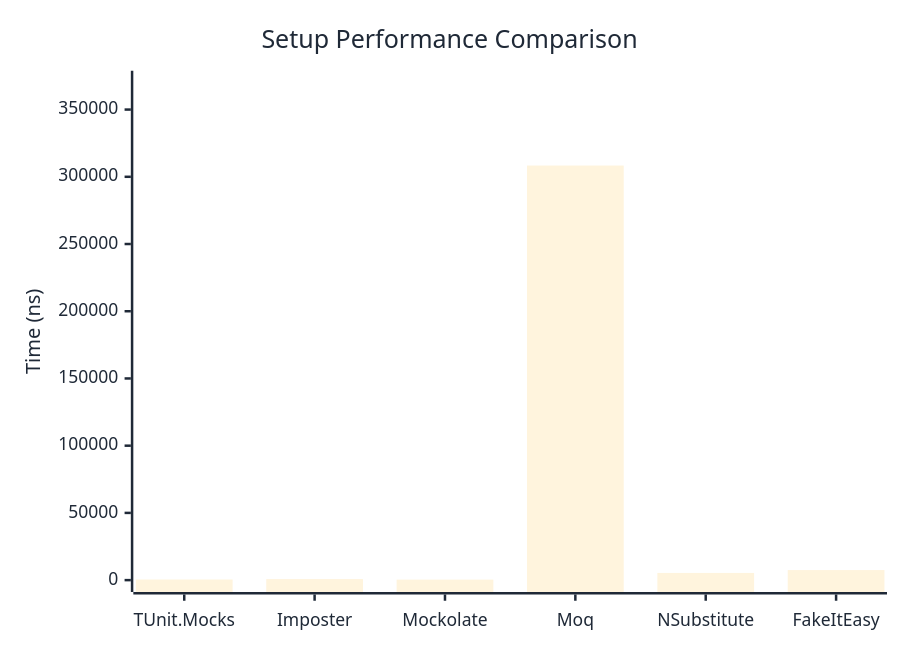
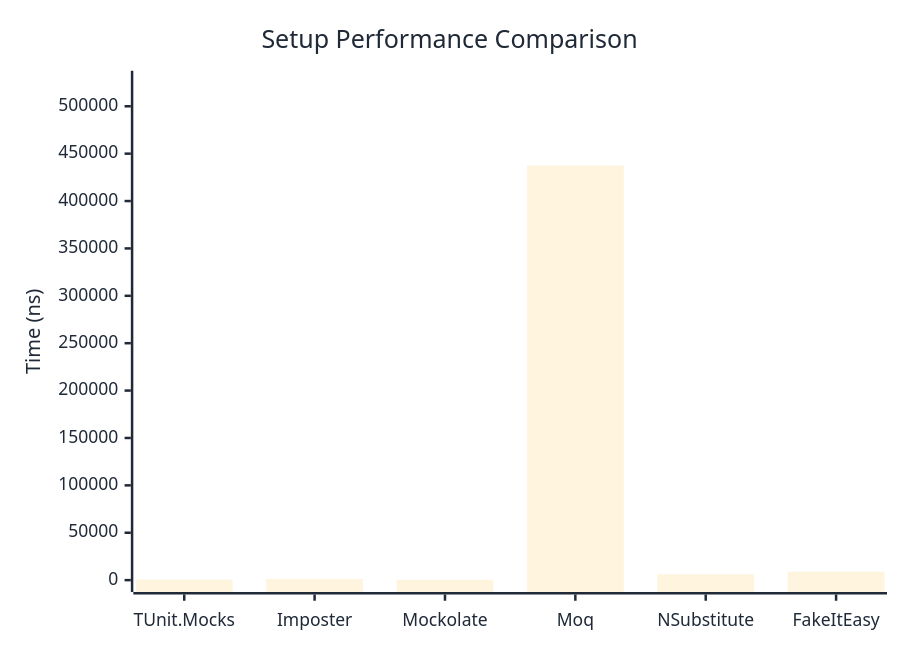
One commit to thomhurst/TUnit changed the first of 2 diagrams in docs/docs/benchmarks/mocks/Setup.md. Above: the diagram before and after it, drawn with Mermaid. The commit also changed other lines of this file and 14 other files, not shown here.

````diff
--- a/docs/docs/benchmarks/mocks/Setup.md
+++ b/docs/docs/benchmarks/mocks/Setup.md
@@ -28,27 +28,27 @@
 ```mermaid
 %%{init: {
   'theme':'base',
   'themeVariables': {
     'primaryColor': '#2563eb',
     'primaryTextColor': '#1f2937',
     'primaryBorderColor': '#1e40af',
     'lineColor': '#6b7280',
     'secondaryColor': '#7c3aed',
     'tertiaryColor': '#dc2626',
     'background': '#ffffff',
     'pie1': '#2563eb',
     'pie2': '#7c3aed',
     'pie3': '#dc2626',
     'pie4': '#f59e0b',
     'pie5': '#10b981',
     'pie6': '#06b6d4',
     'pie7': '#ec4899',
     'pie8': '#6366f1'
   }
 }}%%
 xychart-beta
   title "Setup Performance Comparison"
   x-axis ["TUnit.Mocks", "Imposter", "Mockolate", "Moq", "NSubstitute", "FakeItEasy"]
-  y-axis "Time (ns)" 0 --> 370041
-  bar [461.8, 779.7, 371.5, 308367.5, 5358.1, 7477.7]
+  y-axis "Time (ns)" 0 --> 524955
+  bar [483.4, 1109.2, 397.3, 437461.8, 6176.5, 8924.4]
 ```
````
